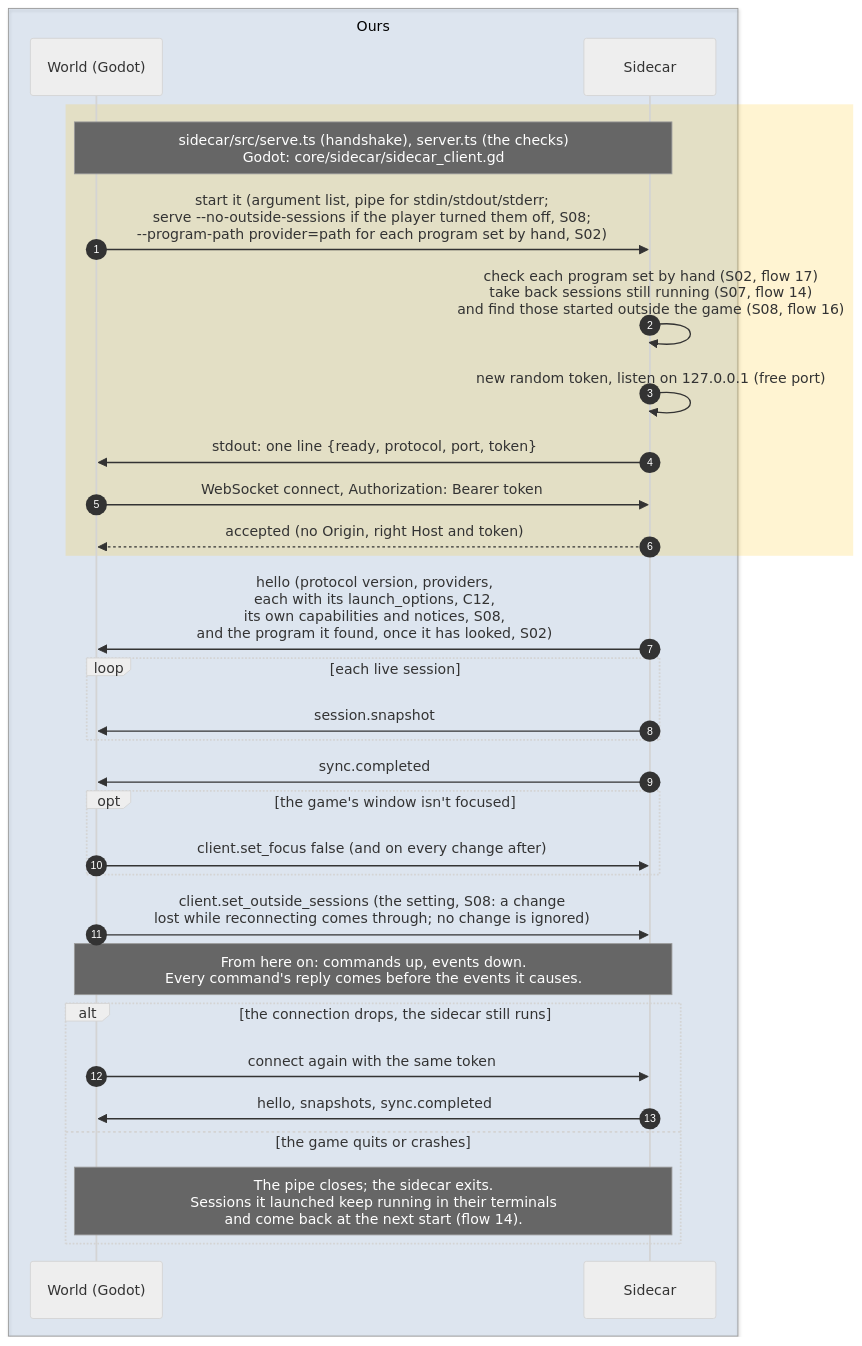
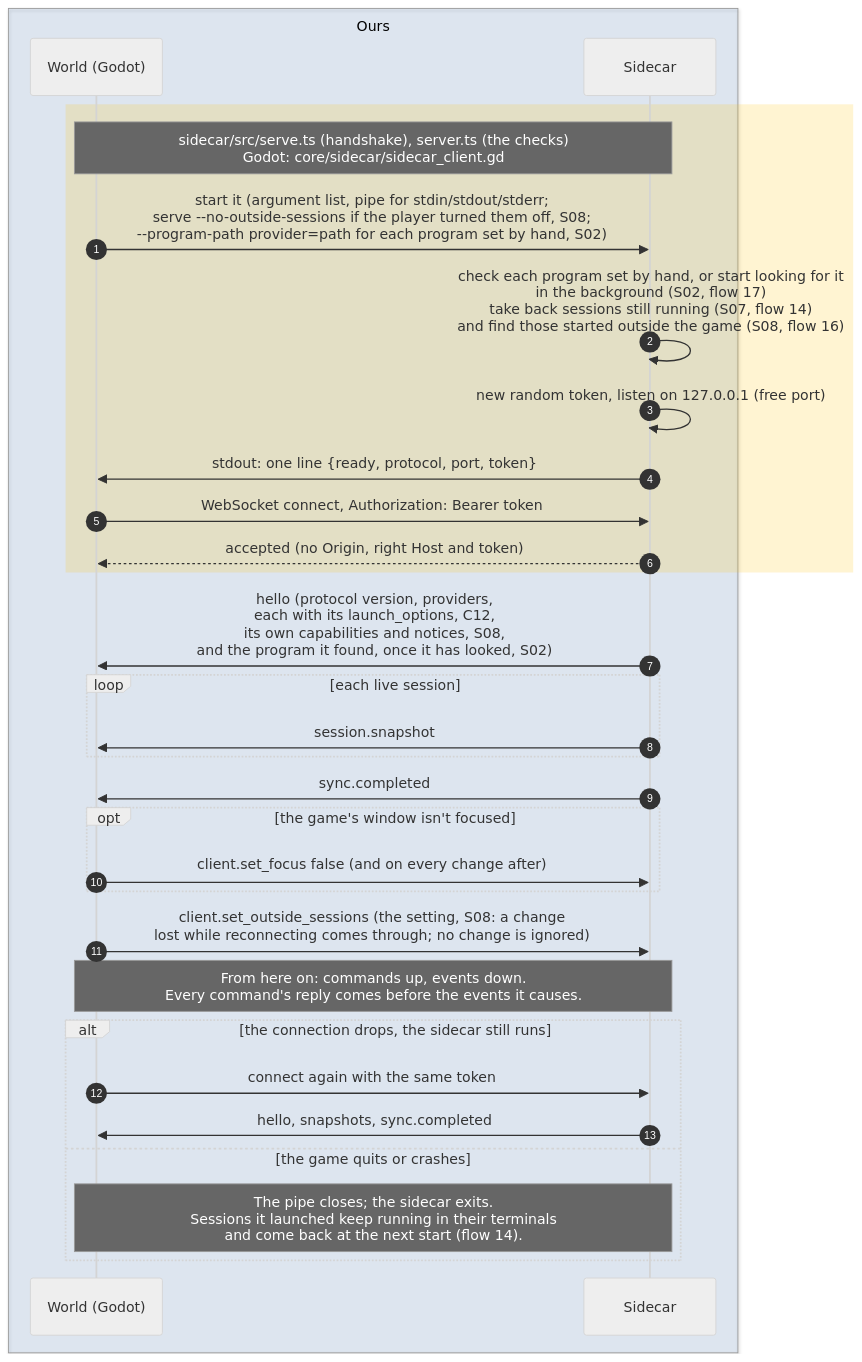
One commit to PaoloPortugal/The-Beach changed the diagram in docs/diagrams/sequence/00-starting-up.md. Above: the diagram before and after it, drawn with Mermaid (neutral theme). The commit also changed 20 other files, not shown here.

````diff
--- a/docs/diagrams/sequence/00-starting-up.md
+++ b/docs/diagrams/sequence/00-starting-up.md
@@ -7,35 +7,35 @@
 ```mermaid
 sequenceDiagram
     autonumber
 
     box rgba(47,111,191,0.12) Ours
         participant World as World (Godot)
         participant Sidecar
     end
 
     rect rgba(255,193,7,0.18)
         Note over World,Sidecar: sidecar/src/serve.ts (handshake), server.ts (the checks)<br/>Godot: core/sidecar/sidecar_client.gd
         World->>Sidecar: start it (argument list, pipe for stdin/stdout/stderr#59;<br/>serve --no-outside-sessions if the player turned them off, S08#59;<br/>--program-path provider=path for each program set by hand, S02)
-        Sidecar->>Sidecar: check each program set by hand (S02, flow 17)<br/>take back sessions still running (S07, flow 14)<br/>and find those started outside the game (S08, flow 16)
+        Sidecar->>Sidecar: check each program set by hand, or start looking for it<br/>in the background (S02, flow 17)<br/>take back sessions still running (S07, flow 14)<br/>and find those started outside the game (S08, flow 16)
         Sidecar->>Sidecar: new random token, listen on 127.0.0.1 (free port)
         Sidecar->>World: stdout: one line {ready, protocol, port, token}
         World->>Sidecar: WebSocket connect, Authorization: Bearer token
         Sidecar-->>World: accepted (no Origin, right Host and token)
     end
     Sidecar->>World: hello (protocol version, providers,<br/>each with its launch_options, C12,<br/>its own capabilities and notices, S08,<br/>and the program it found, once it has looked, S02)
     loop each live session
         Sidecar->>World: session.snapshot
     end
     Sidecar->>World: sync.completed
     opt the game's window isn't focused
         World->>Sidecar: client.set_focus false (and on every change after)
     end
     World->>Sidecar: client.set_outside_sessions (the setting, S08: a change<br/>lost while reconnecting comes through#59; no change is ignored)
     Note over World,Sidecar: From here on: commands up, events down.<br/>Every command's reply comes before the events it causes.
     alt the connection drops, the sidecar still runs
         World->>Sidecar: connect again with the same token
         Sidecar->>World: hello, snapshots, sync.completed
     else the game quits or crashes
         Note over World,Sidecar: The pipe closes#59; the sidecar exits.<br/>Sessions it launched keep running in their terminals<br/>and come back at the next start (flow 14).
     end
 ```
````
